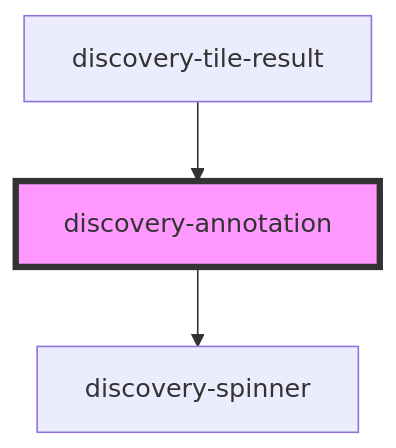
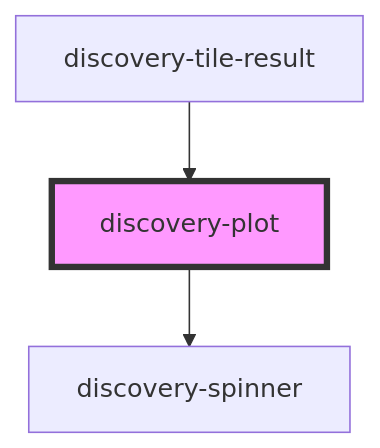
Before and after one commit to senx/discovery-widgets: the diagram in src/components/discovery-plot/readme.md, drawn with Mermaid. The commit also changed other lines of this file and 17 other files, not shown here.

````diff
--- a/src/components/discovery-plot/readme.md
+++ b/src/components/discovery-plot/readme.md
@@ -39,6 +39,6 @@
 ```mermaid
 graph TD;
-  discovery-annotation --> discovery-spinner
-  discovery-tile-result --> discovery-annotation
-  style discovery-annotation fill:#f9f,stroke:#333,stroke-width:4px
+  discovery-plot --> discovery-spinner
+  discovery-tile-result --> discovery-plot
+  style discovery-plot fill:#f9f,stroke:#333,stroke-width:4px
 ```
````
